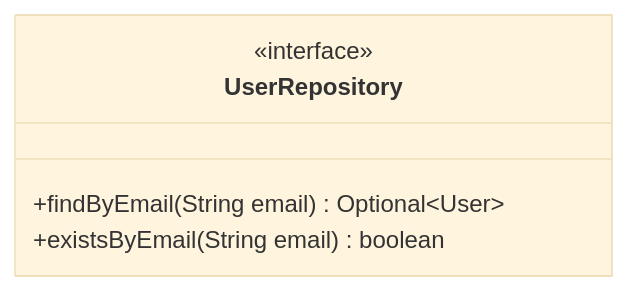
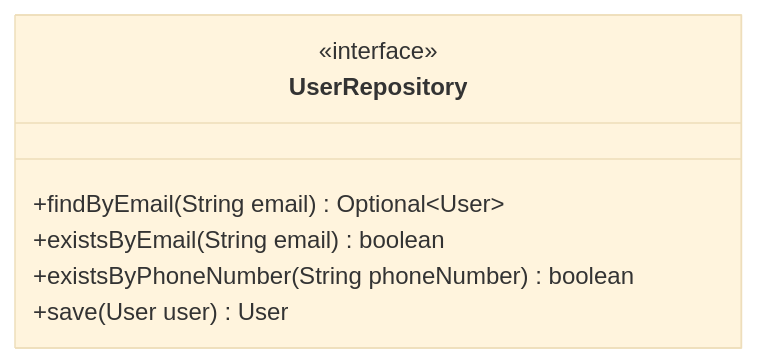
The third of 7 diagrams in docs/task-04/README.md (BlackyB0o/CS261_650001_group5), drawn with Mermaid (base theme) before and after one commit. The commit also changed other lines of this file, not shown here.

Commit message:
docs: update task-04 include phoneNumber, role, and save user DAO method

````diff
--- a/docs/task-04/README.md
+++ b/docs/task-04/README.md
@@ -145,8 +163,10 @@
 ```mermaid
 classDiagram
     class UserRepository {
         <<interface>>
         +findByEmail(String email) Optional~User~
         +existsByEmail(String email) boolean
+        +existsByPhoneNumber(String phoneNumber) boolean
+        +save(User user) User
     }
 ```
````
